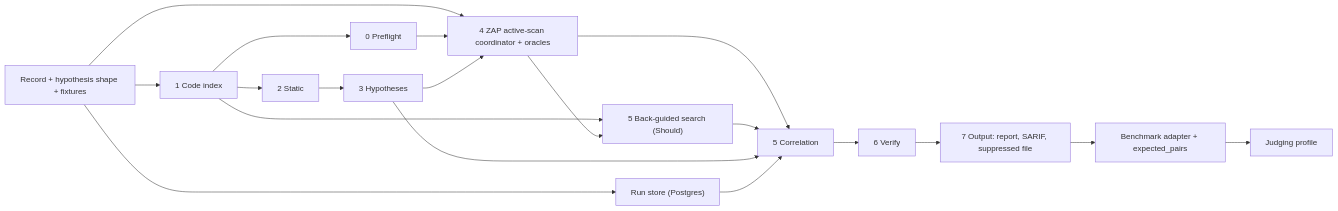
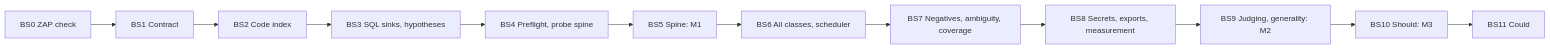
The diagram in docs/implementation-plan.md (ROHITH-KUMAR-L/elenchus), drawn with Mermaid before and after one commit. The commit also changed other lines of this file and 15 other files, not shown here.

````diff
--- a/docs/implementation-plan.md
+++ b/docs/implementation-plan.md
@@ -130,22 +39,14 @@
 ```mermaid
 flowchart LR
-    contract["Record + hypothesis shape + fixtures"]
-    contract --> idx["1 Code index"]
-    idx --> sta["2 Static"]
-    sta --> hyp["3 Hypotheses"]
-    idx --> pre["0 Preflight"]
-    contract --> probe["4 ZAP active-scan coordinator + oracles"]
-    pre --> probe
-    hyp --> probe
-    contract --> store["Run store (Postgres)"]
-    probe --> corr["5 Correlation"]
-    idx --> bg["5 Back-guided search (Should)"]
-    probe --> bg
-    bg --> corr
-    hyp --> corr
-    store --> corr
-    corr --> ver["6 Verify"]
-    ver --> out["7 Output: report, SARIF, suppressed file"]
-    out --> bench["Benchmark adapter + expected_pairs"]
-    bench --> judge["Judging profile"]
+    bs0["BS0 ZAP check"] --> bs1["BS1 Contract"]
+    bs1 --> bs2["BS2 Code index"]
+    bs2 --> bs3["BS3 SQL sinks, hypotheses"]
+    bs3 --> bs4["BS4 Preflight, probe spine"]
+    bs4 --> bs5["BS5 Spine: M1"]
+    bs5 --> bs6["BS6 All classes, scheduler"]
+    bs6 --> bs7["BS7 Negatives, ambiguity, coverage"]
+    bs7 --> bs8["BS8 Secrets, exports, measurement"]
+    bs8 --> bs9["BS9 Judging, generality: M2"]
+    bs9 --> bs10["BS10 Should: M3"]
+    bs10 --> bs11["BS11 Could"]
 ```
````
